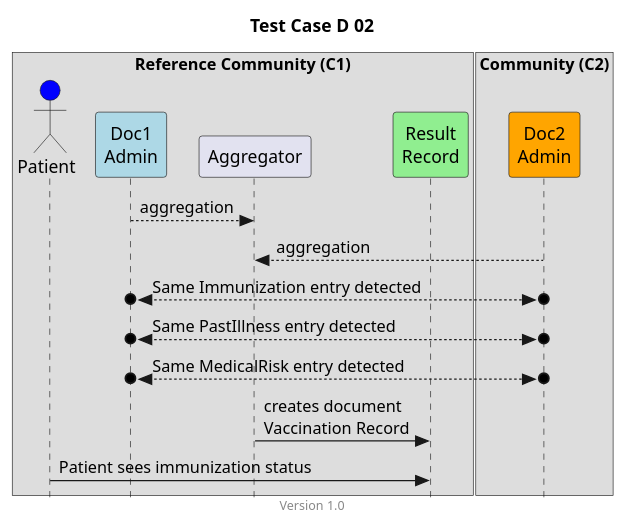
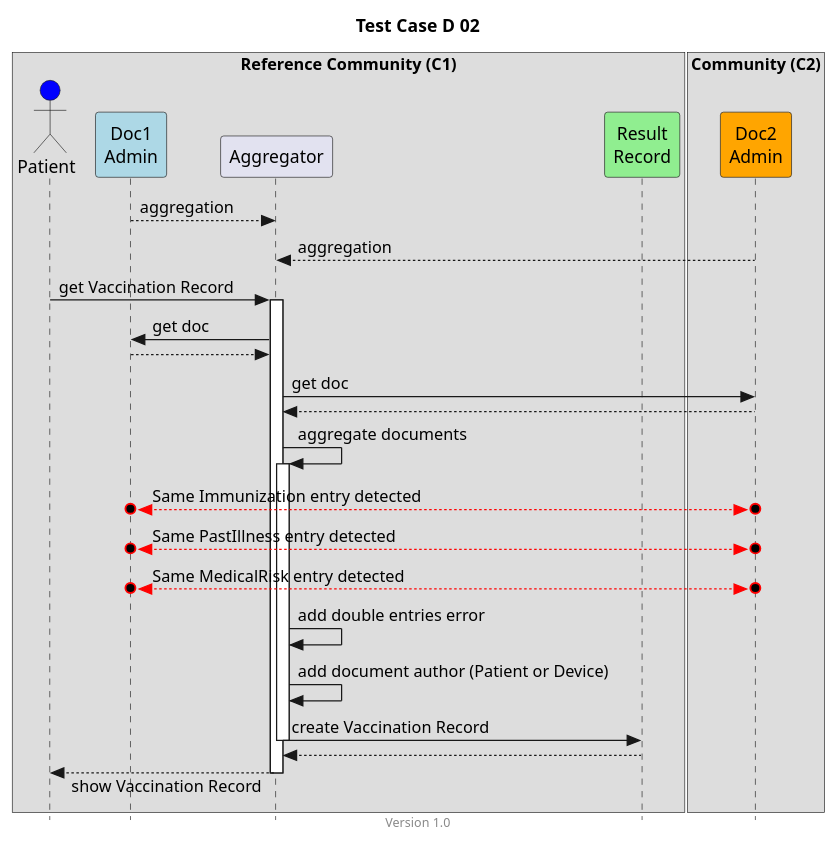
Before and after one commit to hl7ch/ch-vacd: the diagram in input/images-source/TCD02.plantuml, drawn with PlantUML. The commit also changed 17 other files, not shown here.

Commit message:
#190 rework the seq diagrams

```diff
--- a/input/images-source/TCD02.plantuml
+++ b/input/images-source/TCD02.plantuml
@@ -1,30 +1,50 @@
 @startuml
 title Test Case D 02
 footer Version 1.0
 skinparam responseMessageBelowArrow true
 skinparam style strictuml
 scale max 800 width
 
 box "Reference Community (C1)"
 actor "Patient" as PAT #blue
 participant "Doc1\nAdmin" as Doc1 #lightblue
 participant Aggregator as AGG
 participant "Result\nRecord" as RES #lightgreen
 end box
 
 box "Community (C2)"
 participant "Doc2\nAdmin" as Doc2 #orange
 end box
 
 Doc1 --> AGG: aggregation
 Doc2 --> AGG: aggregation
 
-Doc1 o<-->o Doc2: Same Immunization entry detected
-Doc1 o<-->o Doc2: Same PastIllness entry detected
-Doc1 o<-->o Doc2: Same MedicalRisk entry detected
 
-AGG -> RES: creates document\nVaccination Record 
-PAT -> RES: Patient sees immunization status
+
+PAT -> AGG: get Vaccination Record
+activate AGG
+
+AGG -> Doc1: get doc
+AGG <-- Doc1
+
+AGG -> Doc2: get doc
+AGG <-- Doc2
+ 
+AGG -> AGG: aggregate documents 
+activate AGG
+
+Doc1 o<-[#red]->o Doc2: Same Immunization entry detected
+Doc1 o<-[#red]->o Doc2: Same PastIllness entry detected
+Doc1 o<-[#red]->o Doc2: Same MedicalRisk entry detected
+
+AGG -> AGG: add double entries error
+AGG -> AGG: add document author (Patient or Device)
+AGG -> RES: create Vaccination Record
+deactivate AGG
+AGG <-- RES
+
+PAT <-- AGG: show Vaccination Record
+deactivate AGG
 
 
 @enduml
```
